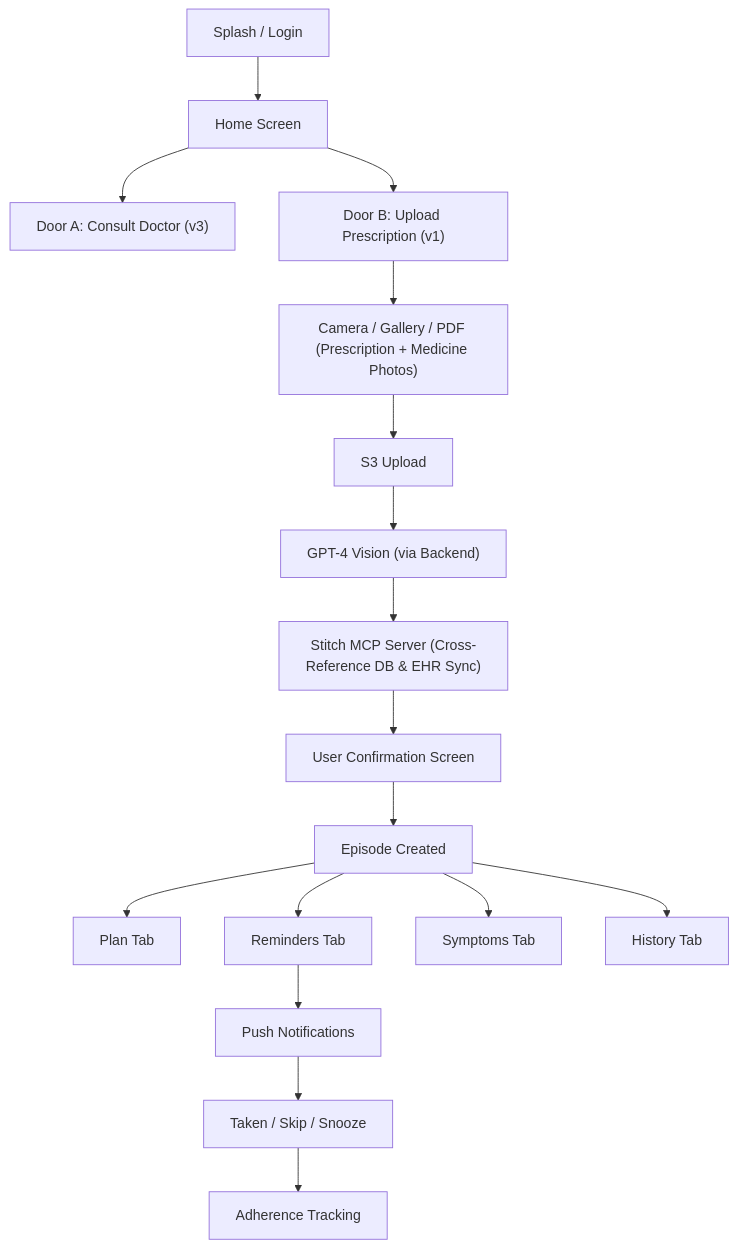
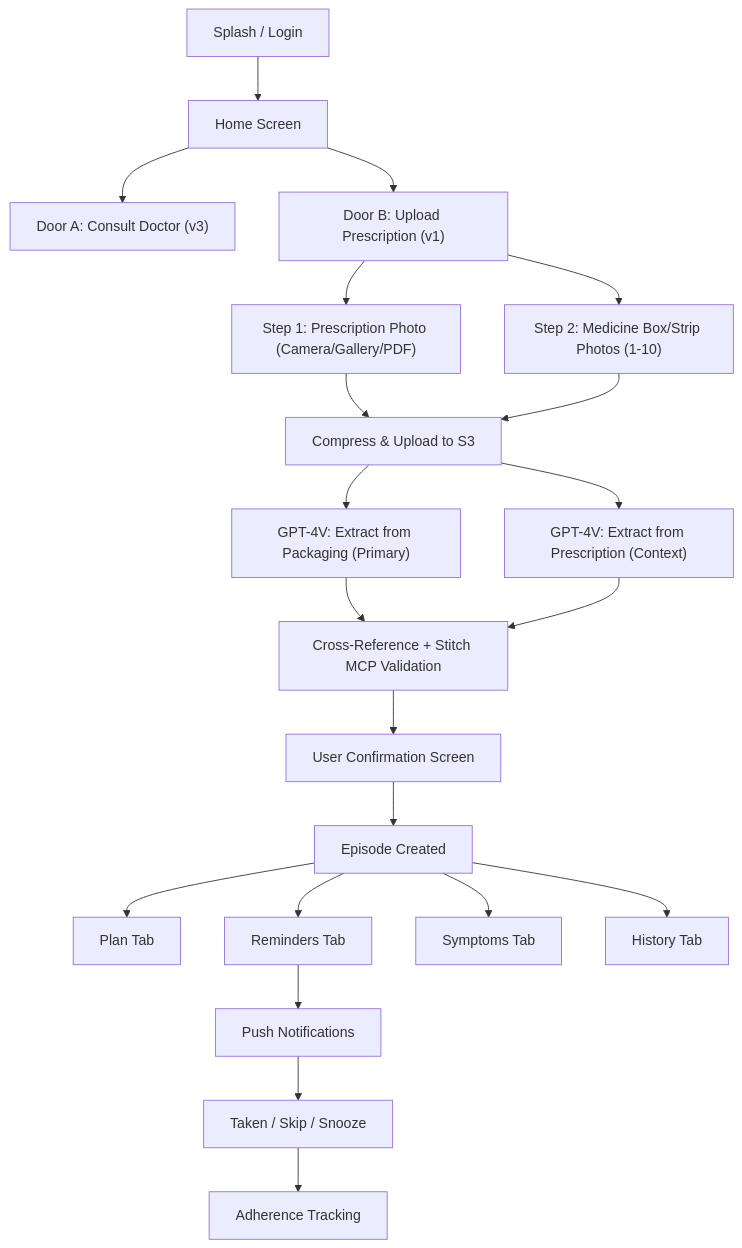
Before and after one commit to gauravmodi09/Healthcare-project: the diagram in docs/architecture/project_understanding.md, drawn with Mermaid. The commit also changed other lines of this file and 3 other files, not shown here.

First line of the commit message:
Update docs for India market: dual-capture flow and medicine photo extraction

````diff
--- a/docs/architecture/project_understanding.md
+++ b/docs/architecture/project_understanding.md
@@ -7,19 +9,23 @@
 ```mermaid
 graph TD
     A["Splash / Login"] --> B["Home Screen"]
     B --> C["Door A: Consult Doctor (v3)"]
     B --> D["Door B: Upload Prescription (v1)"]
-    D --> E["Camera / Gallery / PDF (Prescription + Medicine Photos)"]
-    E --> F["S3 Upload"]
-    F --> G["GPT-4 Vision (via Backend)"]
-    G --> H["Stitch MCP Server (Cross-Reference DB & EHR Sync)"]
+    D --> E1["Step 1: Prescription Photo (Camera/Gallery/PDF)"]
+    D --> E2["Step 2: Medicine Box/Strip Photos (1-10)"]
+    E1 --> F["Compress & Upload to S3"]
+    E2 --> F
+    F --> G1["GPT-4V: Extract from Packaging (Primary)"]
+    F --> G2["GPT-4V: Extract from Prescription (Context)"]
+    G1 --> H["Cross-Reference + Stitch MCP Validation"]
+    G2 --> H
     H --> I["User Confirmation Screen"]
     I --> J["Episode Created"]
     J --> K["Plan Tab"]
     J --> L["Reminders Tab"]
     J --> M["Symptoms Tab"]
     J --> N["History Tab"]
     L --> O["Push Notifications"]
     O --> P["Taken / Skip / Snooze"]
     P --> Q["Adherence Tracking"]
 ```
````
